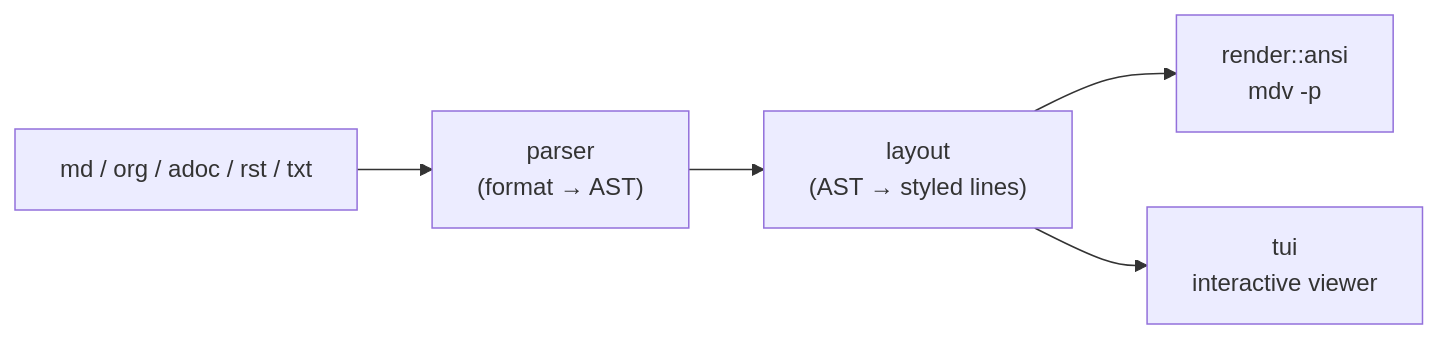
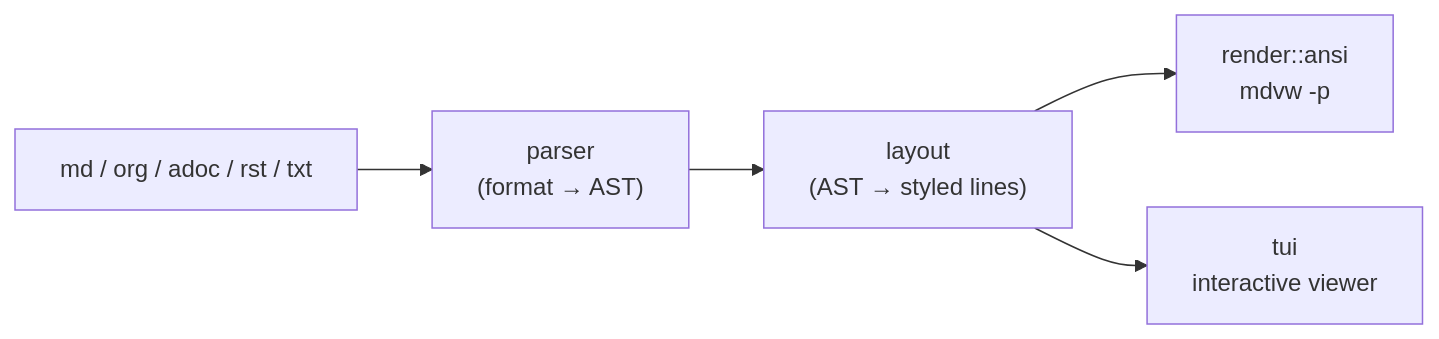
One commit to qobulovasror/markdown-viewer changed the diagram in README.md. Above: the diagram before and after it, drawn with Mermaid. The commit also changed other lines of this file and 30 other files, not shown here.

````diff
--- a/README.md
+++ b/README.md
@@ -202,7 +202,7 @@
 ```mermaid
 flowchart LR
     src["md / org / adoc / rst / txt"] --> parser["parser<br/>(format → AST)"]
     parser --> layout["layout<br/>(AST → styled lines)"]
-    layout --> ansi["render::ansi<br/>mdv -p"]
+    layout --> ansi["render::ansi<br/>mdvw -p"]
     layout --> tui["tui<br/>interactive viewer"]
 ```
````
